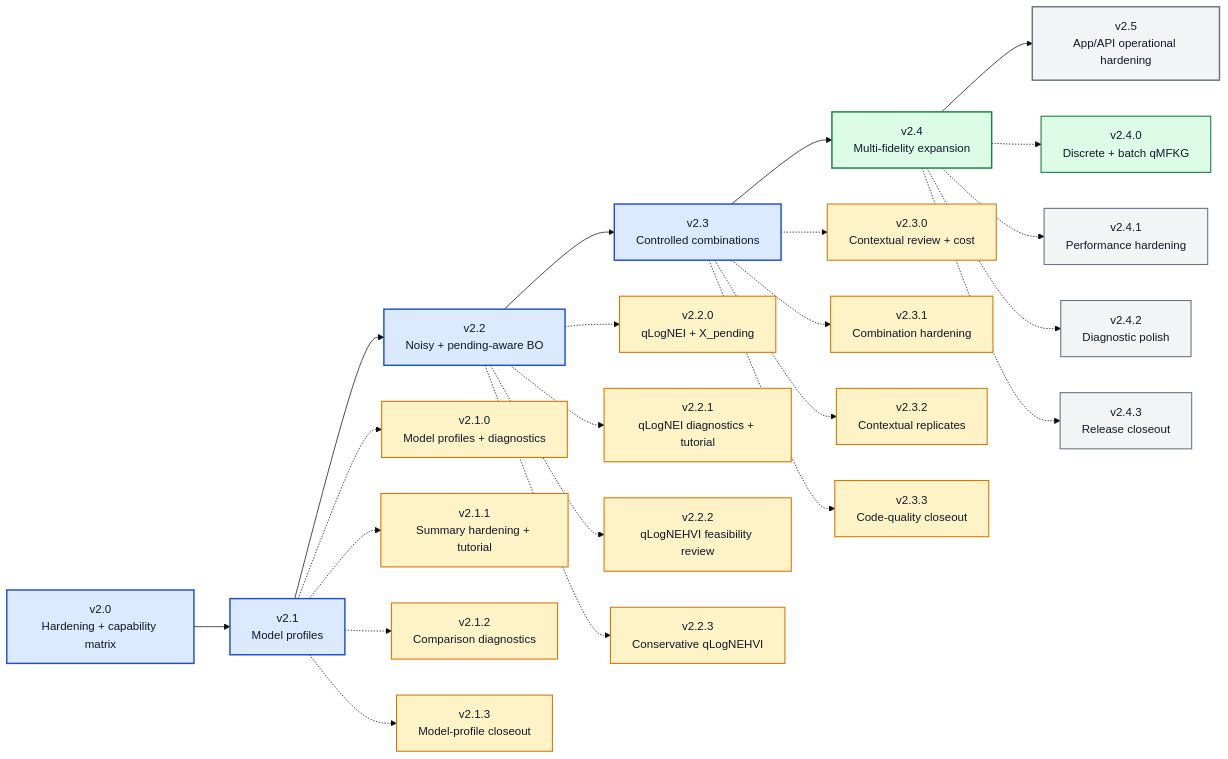
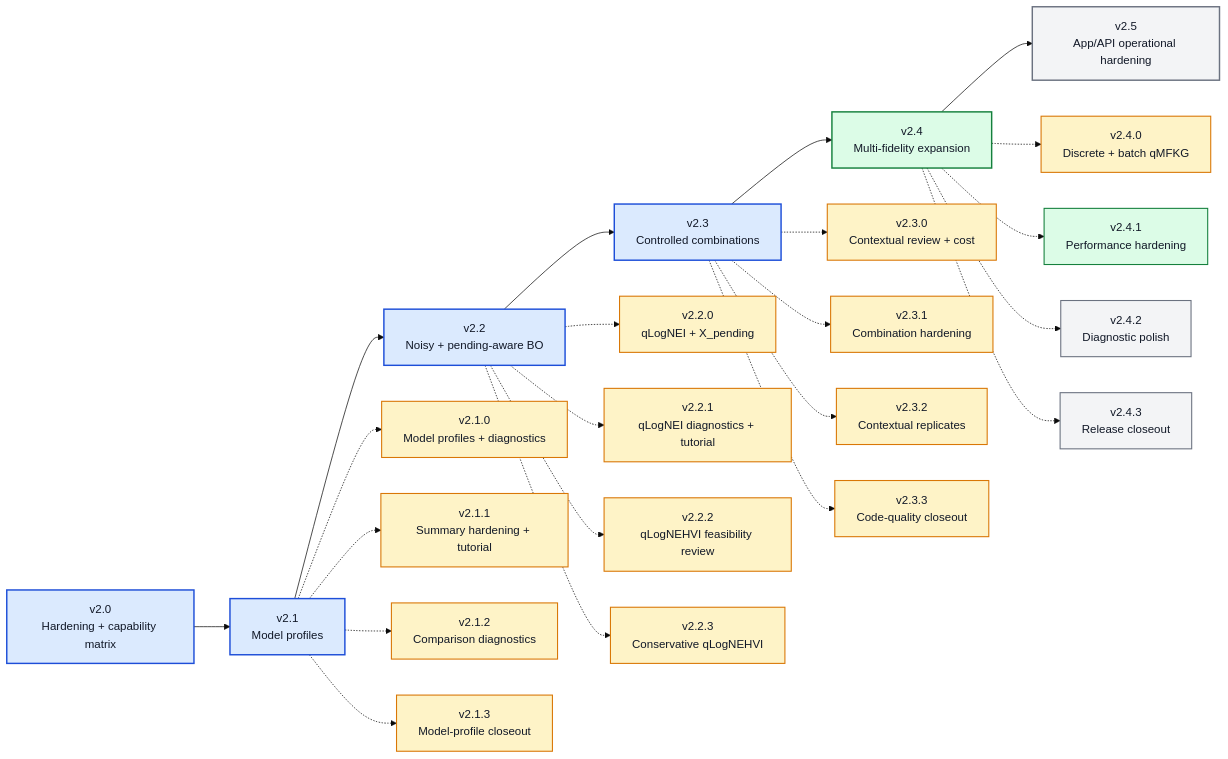
One commit to angzeli/bo-forge changed the diagram in ROADMAP_V2_X.md. Above: the diagram before and after it, drawn with Mermaid (base theme). The commit also changed other lines of this file and 34 other files, not shown here.

````diff
--- a/ROADMAP_V2_X.md
+++ b/ROADMAP_V2_X.md
@@ -14,54 +14,55 @@
 ```mermaid
 flowchart LR
     v20["v2.0<br/>Hardening + capability matrix"] --> v21["v2.1<br/>Model profiles"] --> v22["v2.2<br/>Noisy + pending-aware BO"] --> v23["v2.3<br/>Controlled combinations"] --> v24["v2.4<br/>Multi-fidelity expansion"] --> v25["v2.5<br/>App/API operational hardening"]
 
     v210["v2.1.0<br/>Model profiles + diagnostics"]
     v211["v2.1.1<br/>Summary hardening + tutorial"]
     v212["v2.1.2<br/>Comparison diagnostics"]
     v213["v2.1.3<br/>Model-profile closeout"]
     v220["v2.2.0<br/>qLogNEI + X_pending"]
     v221["v2.2.1<br/>qLogNEI diagnostics + tutorial"]
     v222["v2.2.2<br/>qLogNEHVI feasibility review"]
     v223["v2.2.3<br/>Conservative qLogNEHVI"]
     v230["v2.3.0<br/>Contextual review + cost"]
     v231["v2.3.1<br/>Combination hardening"]
     v232["v2.3.2<br/>Contextual replicates"]
     v233["v2.3.3<br/>Code-quality closeout"]
     v240["v2.4.0<br/>Discrete + batch qMFKG"]
     v241["v2.4.1<br/>Performance hardening"]
     v242["v2.4.2<br/>Diagnostic polish"]
     v243["v2.4.3<br/>Release closeout"]
 
     v21 -.-> v210
     v21 -.-> v211
     v21 -.-> v212
     v21 -.-> v213
     v22 -.-> v220
     v22 -.-> v221
     v22 -.-> v222
     v22 -.-> v223
     v23 -.-> v230
     v23 -.-> v231
     v23 -.-> v232
     v23 -.-> v233
     v24 -.-> v240
     v24 -.-> v241
     v24 -.-> v242
     v24 -.-> v243
 
     class v10,v20,v21,v22,v23 majorDone
     class v24 majorActive
     class v25 majorFuture
     class v210,v211,v212,v213 patchDone
     class v220,v221,v222,v223 patchDone
     class v230,v231,v232,v233 patchDone
-    class v240 patchActive
-    class v241,v242,v243 patchFuture
+    class v240 patchDone
+    class v241 patchActive
+    class v242,v243 patchFuture
 
     classDef majorDone fill:#dbeafe,stroke:#1d4ed8,stroke-width:2px,color:#111827;
     classDef majorActive fill:#dcfce7,stroke:#15803d,stroke-width:2px,color:#111827;
     classDef majorFuture fill:#f3f4f6,stroke:#6b7280,stroke-width:2px,color:#111827;
     classDef patchDone fill:#fef3c7,stroke:#d97706,stroke-width:1.5px,color:#111827;
     classDef patchActive fill:#dcfce7,stroke:#15803d,stroke-width:1.5px,color:#111827;
     classDef patchFuture fill:#f3f4f6,stroke:#6b7280,stroke-width:1.5px,color:#111827;
 ```
````
